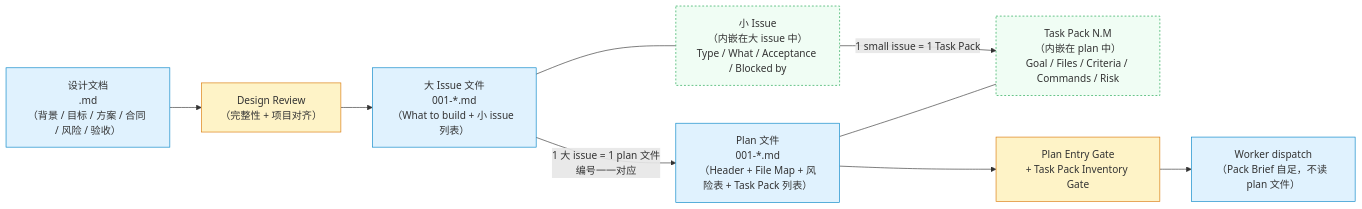
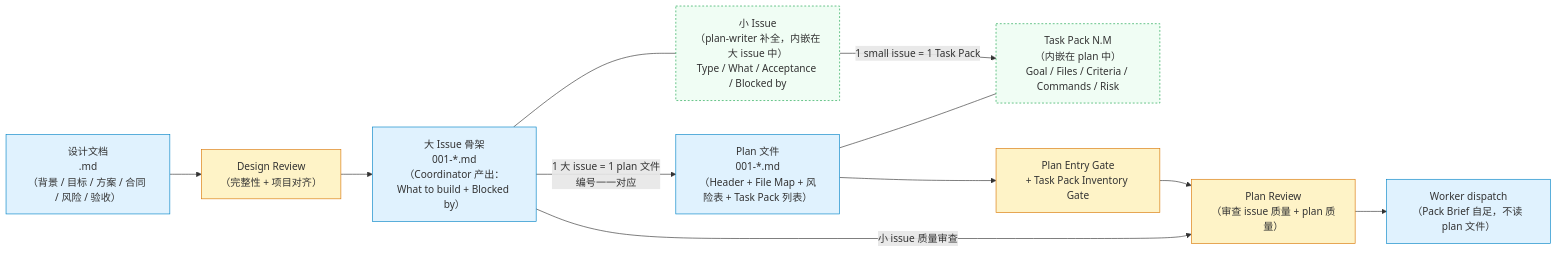
One commit to chancheuklap/multi-model-workflow changed the fourth of 4 diagrams in plugin/architecture-draft.md. Above: the diagram before and after it, drawn with Mermaid. The commit also changed other lines of this file, not shown here.

First line of the commit message:
docs: 架构文档同步——反映 issue 拆分职责分离和 Plan Review Issue Quality 审查

````diff
--- a/plugin/architecture-draft.md
+++ b/plugin/architecture-draft.md
@@ -327,22 +327,25 @@
 ```mermaid
 flowchart LR
     classDef doc fill:#e0f2fe,stroke:#0284c7
     classDef gate fill:#fef3c7,stroke:#d97706
     classDef embed fill:#f0fdf4,stroke:#16a34a,stroke-dasharray: 3 3
 
     D["设计文档\n<slug>.md\n（背景 / 目标 / 方案 / 合同 / 风险 / 验收）"]:::doc
     DR["Design Review\n（完整性 + 项目对齐）"]:::gate
-    I["大 Issue 文件\n001-*.md\n（What to build + 小 issue 列表）"]:::doc
-    SI["小 Issue\n（内嵌在大 issue 中）\nType / What / Acceptance / Blocked by"]:::embed
+    I["大 Issue 骨架\n001-*.md\n（Coordinator 产出：What to build + Blocked by）"]:::doc
+    SI["小 Issue\n（plan-writer 补全，内嵌在大 issue 中）\nType / What / Acceptance / Blocked by"]:::embed
     P["Plan 文件\n001-*.md\n（Header + File Map + 风险表 + Task Pack 列表）"]:::doc
     TP["Task Pack N.M\n（内嵌在 plan 中）\nGoal / Files / Criteria / Commands / Risk"]:::embed
     PG["Plan Entry Gate\n+ Task Pack Inventory Gate"]:::gate
+    PRV["Plan Review\n（审查 issue 质量 + plan 质量）"]:::gate
     W["Worker dispatch\n（Pack Brief 自足，不读 plan 文件）"]:::doc
 
     D --> DR --> I
     I --- SI
     SI -->|"1 small issue = 1 Task Pack"| TP
     I -->|"1 大 issue = 1 plan 文件\n编号一一对应"| P
     P --- TP
-    P --> PG --> W
+    P --> PG --> PRV
+    I -->|"小 issue 质量审查"| PRV
+    PRV --> W
 ```
````
